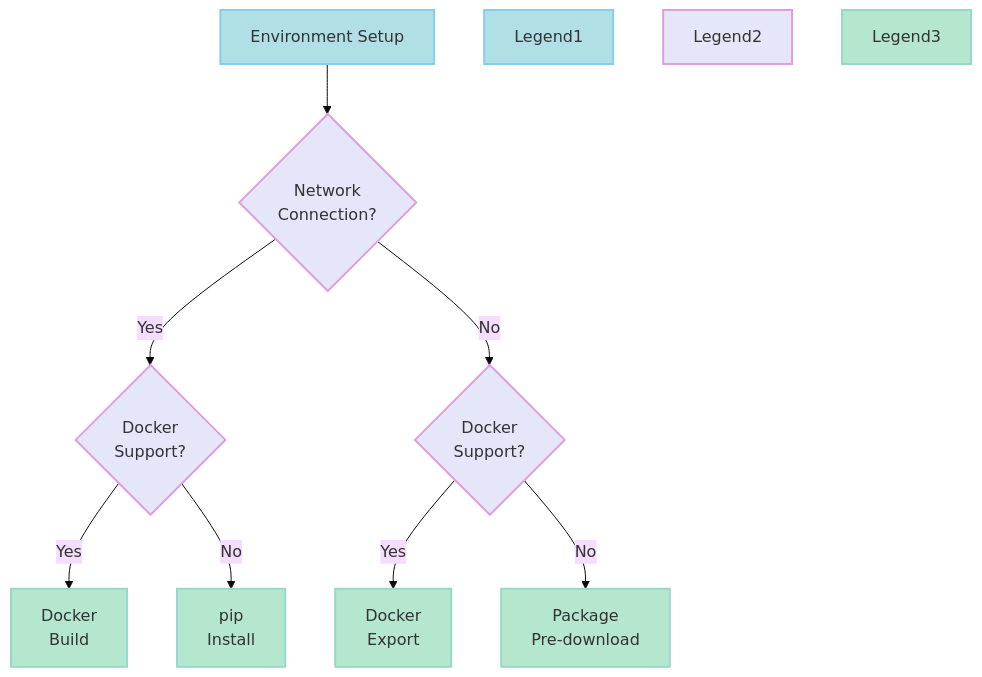
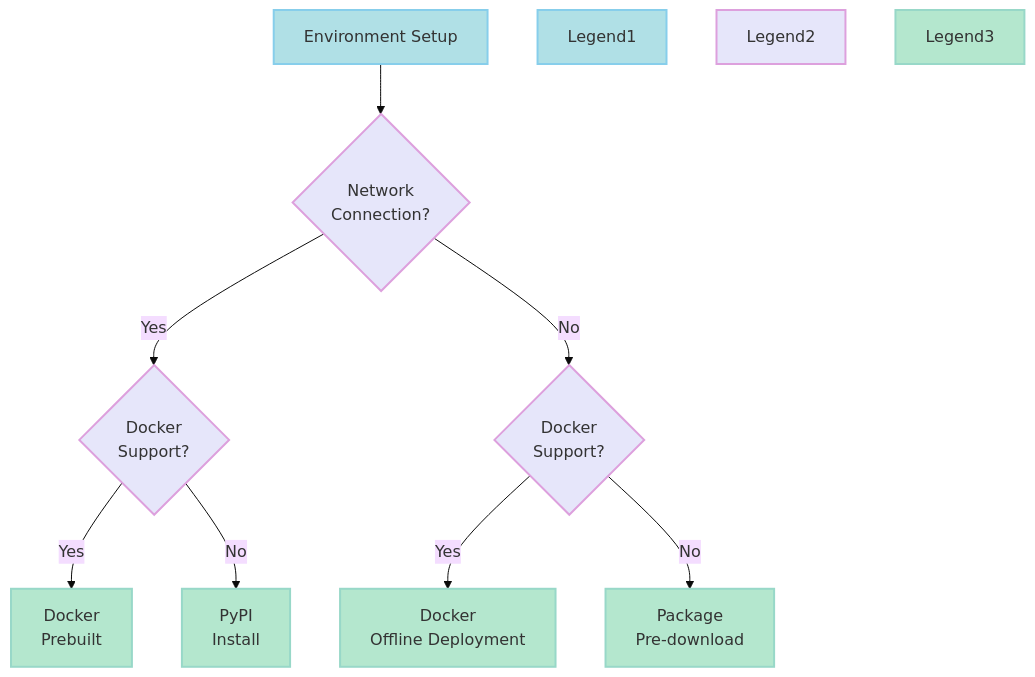
Before and after one commit to nics-dp/petsard: the diagram in doc_site/content/docs/installation/environment-check-flow.mmd, drawn with Mermaid (base theme). The commit also changed 11 other files, not shown here.

Commit message:
docs(installation): remove duplicate content from docker-build guide

```diff
--- a/doc_site/content/docs/installation/environment-check-flow.mmd
+++ b/doc_site/content/docs/installation/environment-check-flow.mmd
@@ -1,23 +1,23 @@
 flowchart TD
     Start[Environment Setup] --> NetworkCheck{Network<br/>Connection?}
     NetworkCheck -->|Yes| DockerCheck1{Docker<br/>Support?}
     NetworkCheck -->|No| DockerCheck2{Docker<br/>Support?}
-    DockerCheck1 -->|Yes| DockerBuild[Docker<br/>Build]
-    DockerCheck1 -->|No| PipInstall[pip<br/>Install]
-    DockerCheck2 -->|Yes| DockerExport[Docker<br/>Export]
+    DockerCheck1 -->|Yes| DockerPrebuilt[Docker<br/>Prebuilt]
+    DockerCheck1 -->|No| PyPIInstall[PyPI<br/>Install]
+    DockerCheck2 -->|Yes| DockerOffline[Docker<br/>Offline Deployment]
     DockerCheck2 -->|No| PackageDownload[Package<br/>Pre-download]
 
     %% Macaron color scheme
     style Start fill:#B0E0E6,stroke:#87CEEB,stroke-width:2px,color:#333
     style NetworkCheck fill:#E6E6FA,stroke:#DDA0DD,stroke-width:2px,color:#333
     style DockerCheck1 fill:#E6E6FA,stroke:#DDA0DD,stroke-width:2px,color:#333
     style DockerCheck2 fill:#E6E6FA,stroke:#DDA0DD,stroke-width:2px,color:#333
-    style DockerBuild fill:#B4E7CE,stroke:#98D8C8,stroke-width:2px,color:#333
-    style PipInstall fill:#B4E7CE,stroke:#98D8C8,stroke-width:2px,color:#333
-    style DockerExport fill:#B4E7CE,stroke:#98D8C8,stroke-width:2px,color:#333
+    style DockerPrebuilt fill:#B4E7CE,stroke:#98D8C8,stroke-width:2px,color:#333
+    style PyPIInstall fill:#B4E7CE,stroke:#98D8C8,stroke-width:2px,color:#333
+    style DockerOffline fill:#B4E7CE,stroke:#98D8C8,stroke-width:2px,color:#333
     style PackageDownload fill:#B4E7CE,stroke:#98D8C8,stroke-width:2px,color:#333
 
     %% Legend styles
     style Legend1 fill:#B0E0E6,stroke:#87CEEB,stroke-width:2px,color:#333
     style Legend2 fill:#E6E6FA,stroke:#DDA0DD,stroke-width:2px,color:#333
     style Legend3 fill:#B4E7CE,stroke:#98D8C8,stroke-width:2px,color:#333
```
